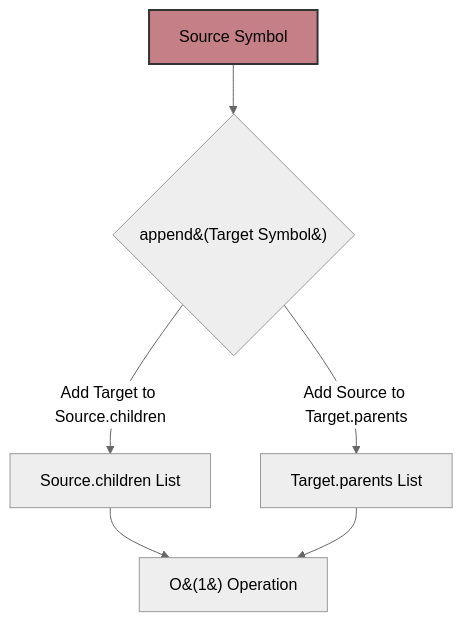
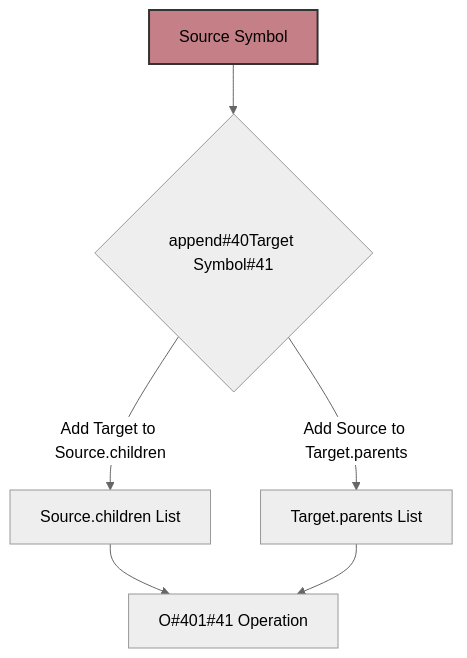
Before and after one commit to ikko/sym: the second of 4 diagrams in docs/readme_details/9_performance/index.md, drawn with Mermaid (neutral theme). The commit also changed other lines of this file and 38 other files, not shown here.

Commit message:
mermaids maybe fixed

````diff
--- a/docs/readme_details/9_performance/index.md
+++ b/docs/readme_details/9_performance/index.md
@@ -75,12 +75,12 @@
 ```mermaid
 graph TD
-    A[Source Symbol] --> B{append&#40;Target Symbol&#41;};
+    A[Source Symbol] --> B{append#40Target Symbol#41};
     B -- "Add Target to Source.children" --> C[Source.children List];
     B -- "Add Source to Target.parents" --> D[Target.parents List];
-    C --> E[O&#40;1&#41; Operation];
+    C --> E[O#401#41 Operation];
     D --> E;
 
     style A fill:#c57f86,stroke:#333,stroke-width:2px,color:#000000;
 
     style A fill:#c57f86,stroke:#333,stroke-width:2px,color:#000000;
 ```
````
